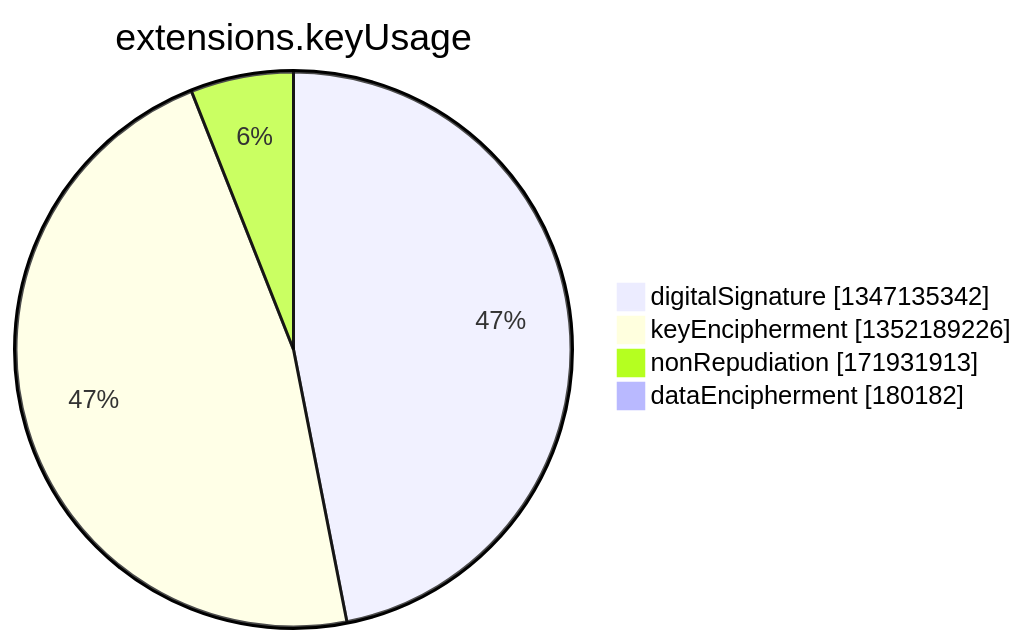
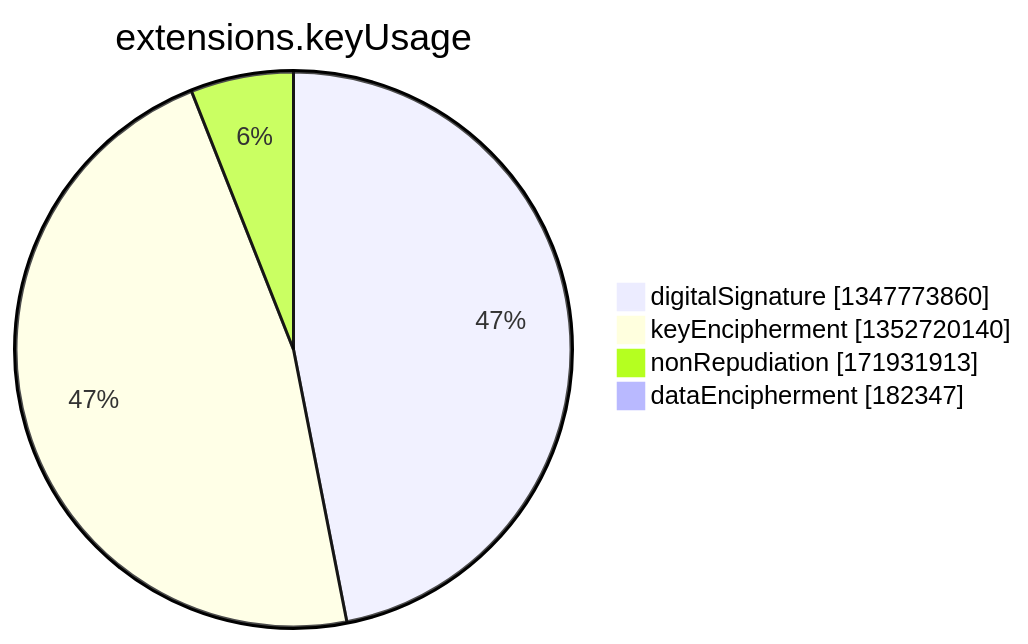
One commit to christiankrug/ctmonitor_visualization changed the seventh of 15 diagrams in argon2022/README.md. Above: the diagram before and after it, drawn with Mermaid. The commit also changed other lines of this file, not shown here.

````diff
--- a/argon2022/README.md
+++ b/argon2022/README.md
@@ -2750,8 +2750,8 @@
 ```mermaid
 pie showData
 title extensions.keyUsage
-"digitalSignature" :1347135342
-"keyEncipherment" :1352189226
+"digitalSignature" :1347773860
+"keyEncipherment" :1352720140
 "nonRepudiation" :171931913
-"dataEncipherment" :180182
+"dataEncipherment" :182347
 ```
````
